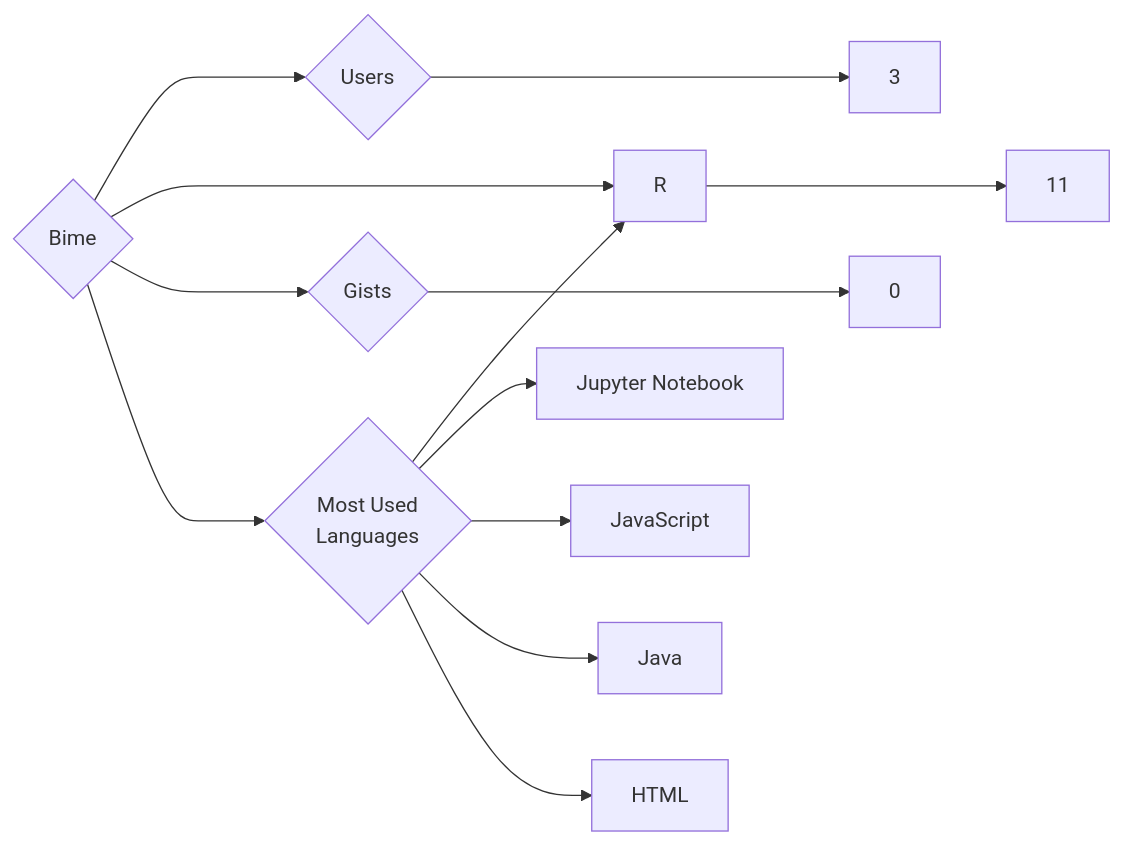
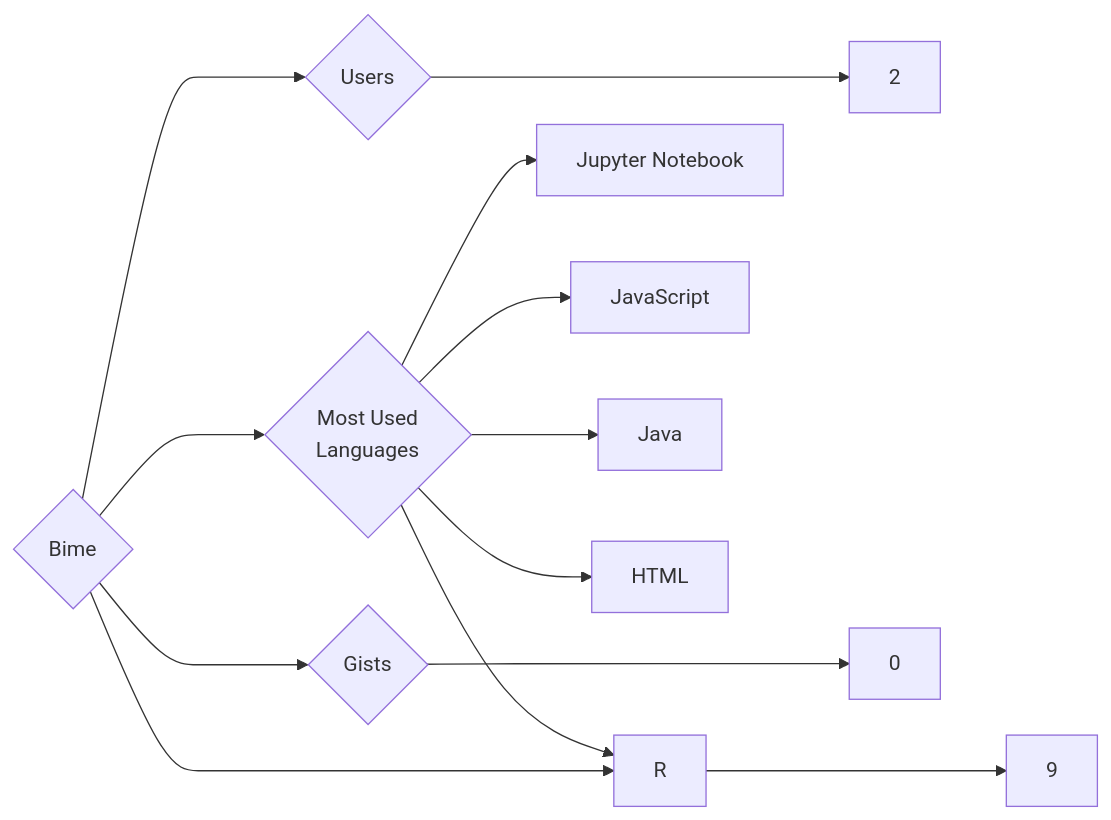
One commit to trickest/insiders changed the diagram in targets/Bime/README.md. Above: the diagram before and after it, drawn with Mermaid. The commit also changed 882 other files, not shown here.

````diff
--- a/targets/Bime/README.md
+++ b/targets/Bime/README.md
@@ -3,13 +3,13 @@
 ```mermaid
 graph LR
 COMPANY_NAME{Bime}
-COMPANY_NAME ---> U{Users} ---> UN[3]
-COMPANY_NAME ---> R{Repositories} ---> RN[11]
+COMPANY_NAME ---> U{Users} ---> UN[2]
+COMPANY_NAME ---> R{Repositories} ---> RN[9]
 COMPANY_NAME ---> G{Gists} ---> GN[0]
 COMPANY_NAME ---> ML{Most Used<br>Languages}
-ML --> R[R]
 ML --> Jupyter_Notebook[Jupyter Notebook]
 ML --> JavaScript[JavaScript]
+ML --> R[R]
 ML --> Java[Java]
 ML --> HTML[HTML]
 ```
````
